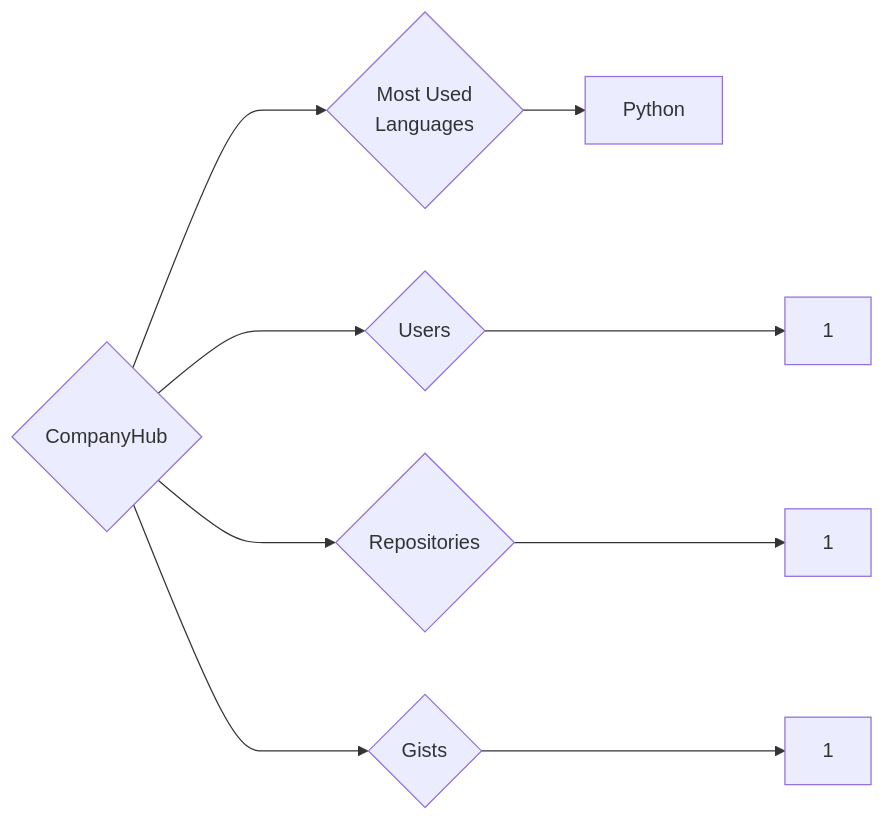
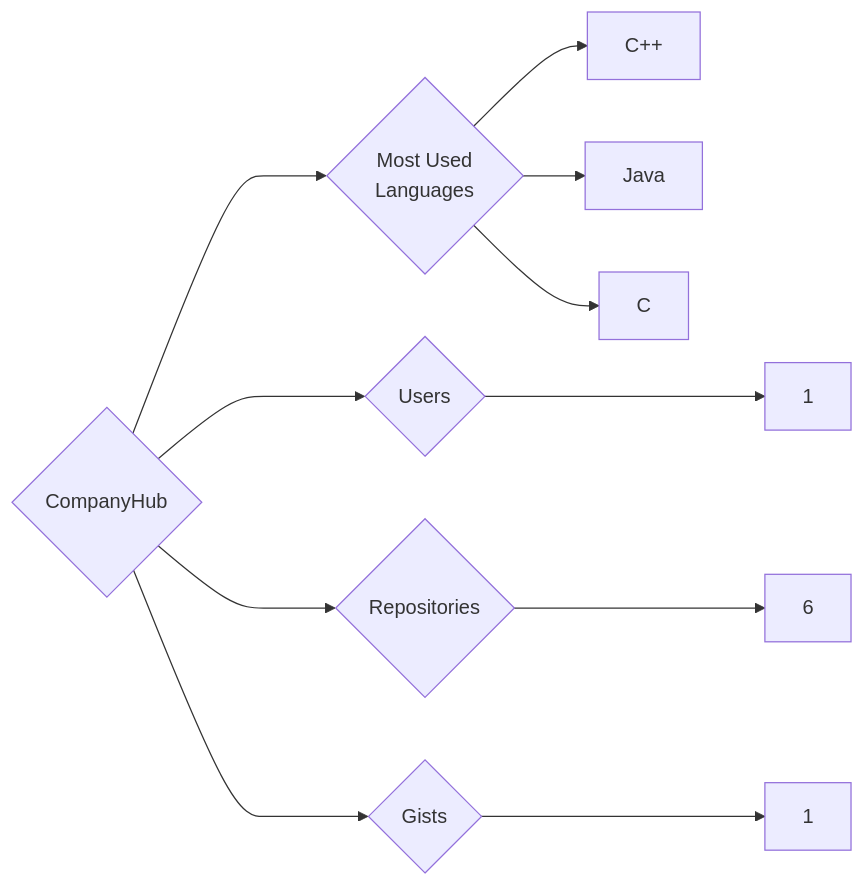
One commit to trickest/insiders changed the diagram in targets/CompanyHub/README.md. Above: the diagram before and after it, drawn with Mermaid. The commit also changed 1084 other files, not shown here.

````diff
--- a/targets/CompanyHub/README.md
+++ b/targets/CompanyHub/README.md
@@ -3,9 +3,11 @@
 ```mermaid
 graph LR
 COMPANY_NAME{CompanyHub}
 COMPANY_NAME ---> U{Users} ---> UN[1]
-COMPANY_NAME ---> R{Repositories} ---> RN[1]
+COMPANY_NAME ---> R{Repositories} ---> RN[6]
 COMPANY_NAME ---> G{Gists} ---> GN[1]
 COMPANY_NAME ---> ML{Most Used<br>Languages}
-ML --> Python[Python]
+ML --> C++[C++]
+ML --> Java[Java]
+ML --> C[C]
 ```
````
